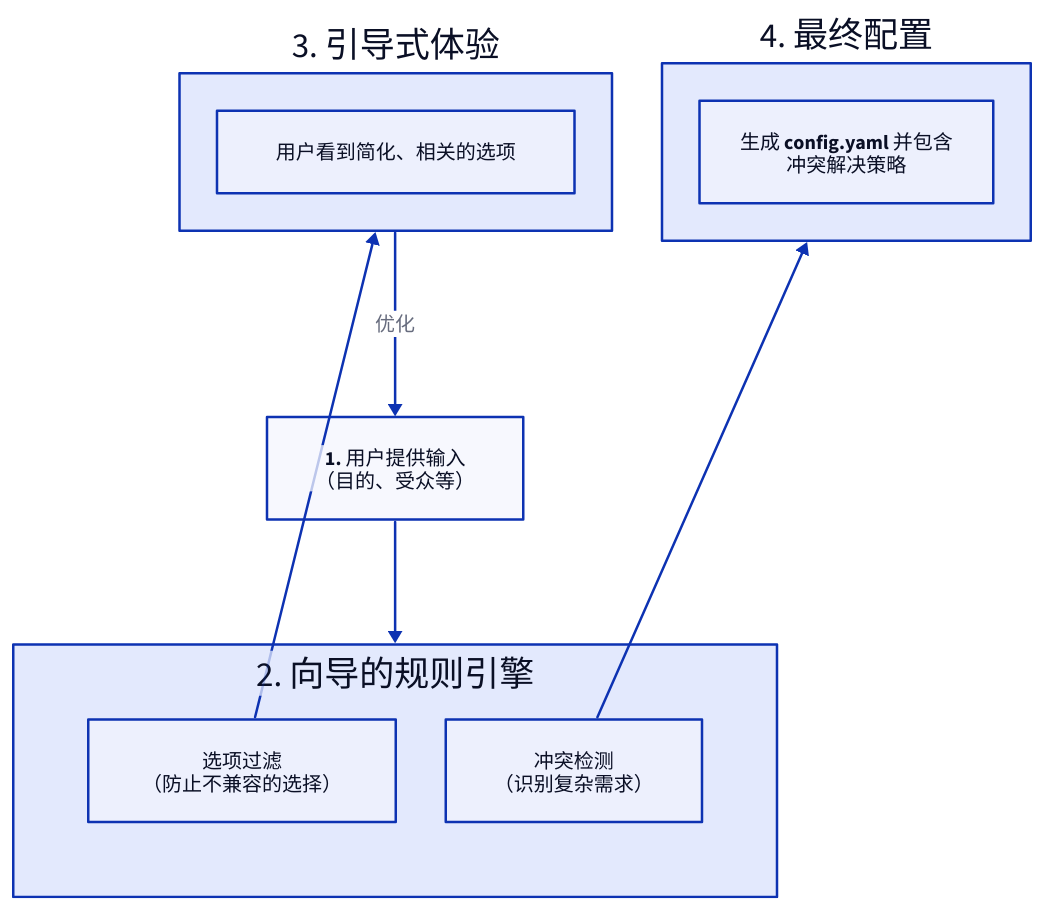
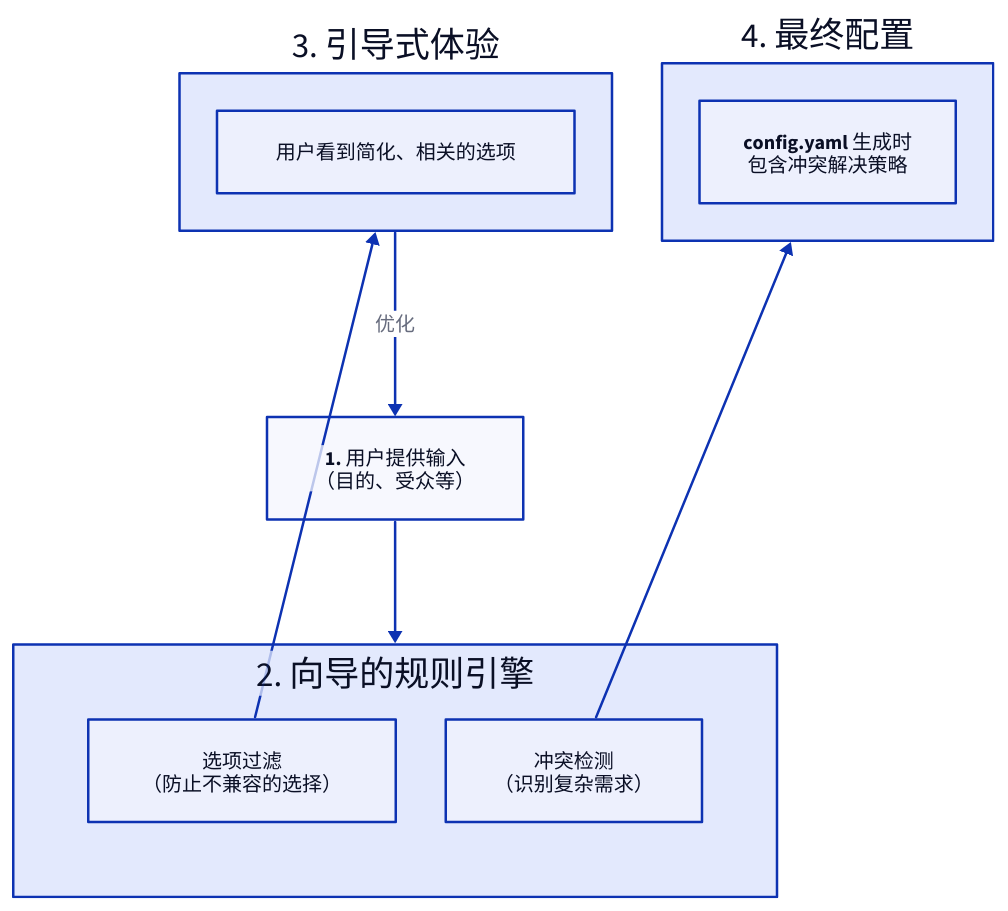
Before and after one commit to AIGNE-io/aigne-doc-smith: the diagram in docs/configuration-interactive-setup.zh.md, drawn with D2. The commit also changed other lines of this file and 84 other files, not shown here.

````diff
--- a/docs/configuration-interactive-setup.zh.md
+++ b/docs/configuration-interactive-setup.zh.md
@@ -32,38 +32,38 @@
 ```d2
 direction: down
 
 User-Selections: {
   label: "1. 用户提供输入\n（目的、受众等）"
   shape: rectangle
 }
 
 Wizard-Engine: {
   label: "2. 向导的规则引擎"
   shape: rectangle
   grid-columns: 2
 
   Filtering: {
     label: "选项过滤\n（防止不兼容的选择）"
   }
 
   Conflict-Detection: {
     label: "冲突检测\n（识别复杂需求）"
   }
 }
 
 Guided-Experience: {
   label: "3. 引导式体验"
   shape: rectangle
   content: "用户看到简化、相关的选项"
 }
 
 Final-Config: {
   label: "4. 最终配置"
-  content: "生成 config.yaml 并包含\n冲突解决策略"
+  content: "config.yaml 生成时\n包含冲突解决策略"
 }
 
 User-Selections -> Wizard-Engine
 Wizard-Engine.Filtering -> Guided-Experience
 Wizard-Engine.Conflict-Detection -> Final-Config
 Guided-Experience -> User-Selections: "优化"
 ```
````
